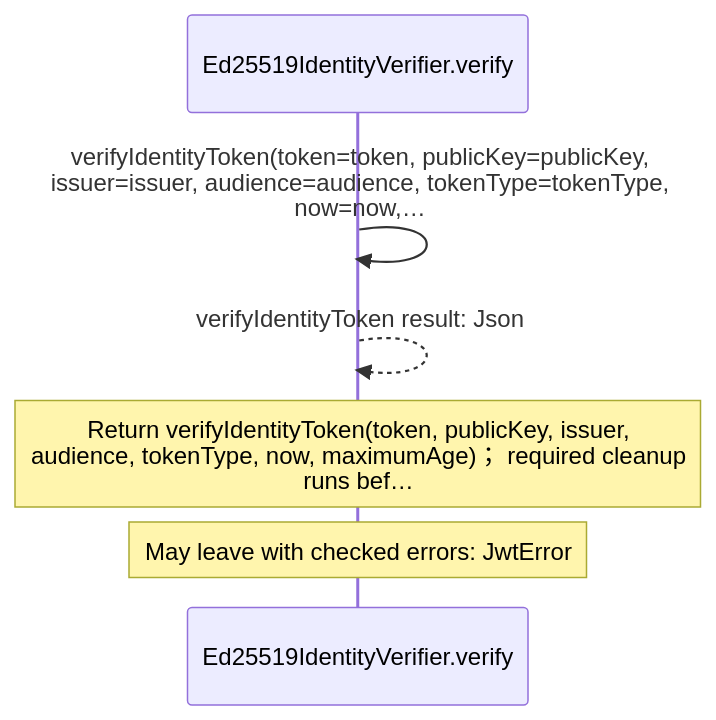
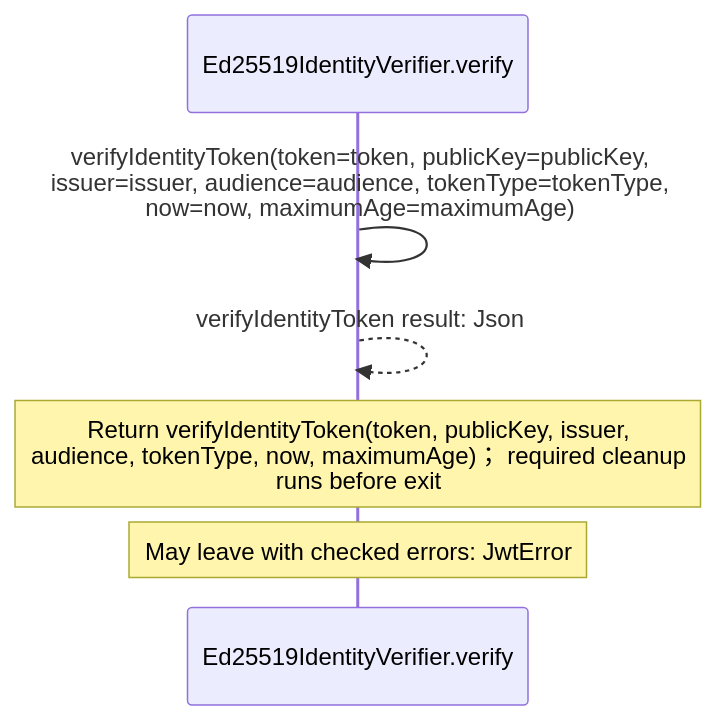
One commit to GreenPandaStudios/augscript changed diagram 20 of 20 in src/stdlib/crypto/jose.aug.diagrams.md. Above: the diagram before and after it, drawn with Mermaid. The commit also changed other lines of this file and 658 other files, not shown here.

````diff
--- a/src/stdlib/crypto/jose.aug.diagrams.md
+++ b/src/stdlib/crypto/jose.aug.diagrams.md
@@ -586,9 +642,9 @@
 ```mermaid
 sequenceDiagram
     participant p0 as Ed25519IdentityVerifier.verify
 
-    p0->>p0: verifyIdentityToken(token=token, publicKey=publicKey,<br/>issuer=issuer, audience=audience, tokenType=tokenType,<br/>now=now,…
+    p0->>p0: verifyIdentityToken(token=token, publicKey=publicKey,<br/>issuer=issuer, audience=audience, tokenType=tokenType,<br/>now=now, maximumAge=maximumAge)
     p0-->>p0: verifyIdentityToken result: Json
-    Note over p0: Return verifyIdentityToken(token, publicKey, issuer,<br/>audience, tokenType, now, maximumAge)； required cleanup<br/>runs bef…
+    Note over p0: Return verifyIdentityToken(token, publicKey, issuer,<br/>audience, tokenType, now, maximumAge)； required cleanup<br/>runs before exit
     Note over p0: May leave with checked errors: JwtError
 ```
````
